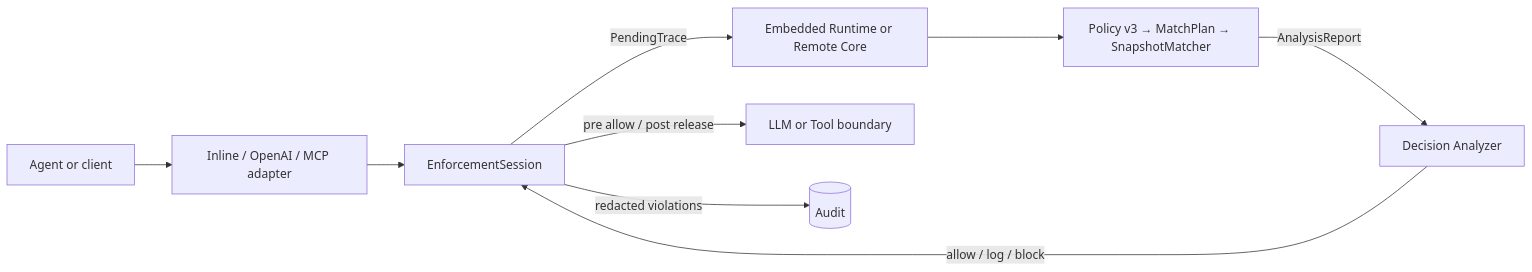
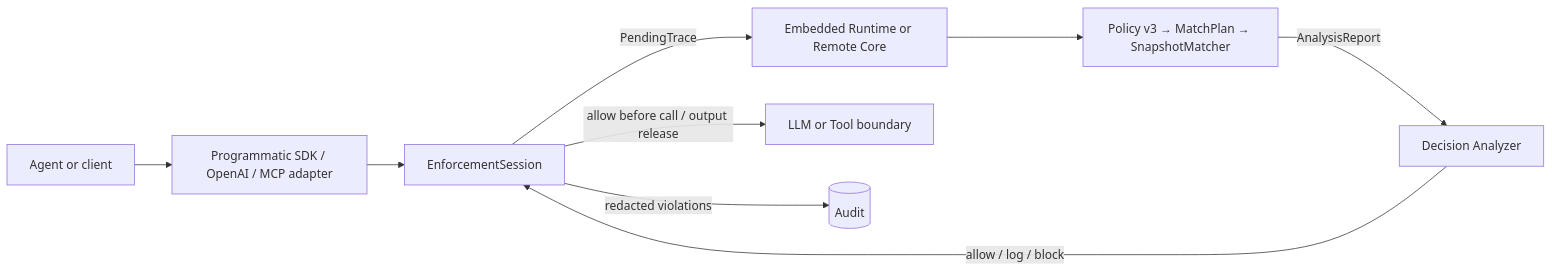
The diagram in README.md (cipeizheng/agent-guardrail), drawn with Mermaid before and after one commit. The commit also changed other lines of this file and 86 other files, not shown here.

````diff
--- a/README.md
+++ b/README.md
@@ -41,11 +42,11 @@
 ```mermaid
 flowchart LR
-    A[Agent or client] --> B[Inline / OpenAI / MCP adapter]
+    A[Agent or client] --> B[Programmatic SDK / OpenAI / MCP adapter]
     B --> C[EnforcementSession]
     C -->|PendingTrace| D[Embedded Runtime or Remote Core]
     D --> E[Policy v3 → MatchPlan → SnapshotMatcher]
     E -->|AnalysisReport| F[Decision Analyzer]
     F -->|allow / log / block| C
-    C -->|pre allow / post release| G[LLM or Tool boundary]
+    C -->|allow before call / output release| G[LLM or Tool boundary]
     C -->|redacted violations| H[(Audit)]
 ```
````
